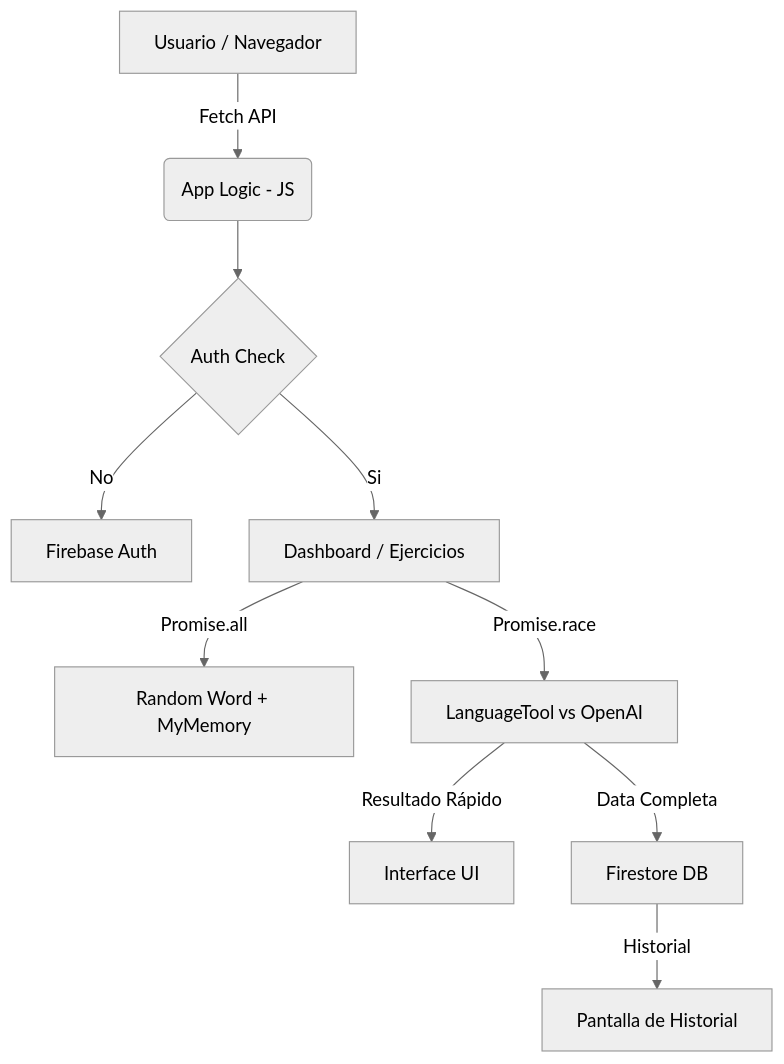
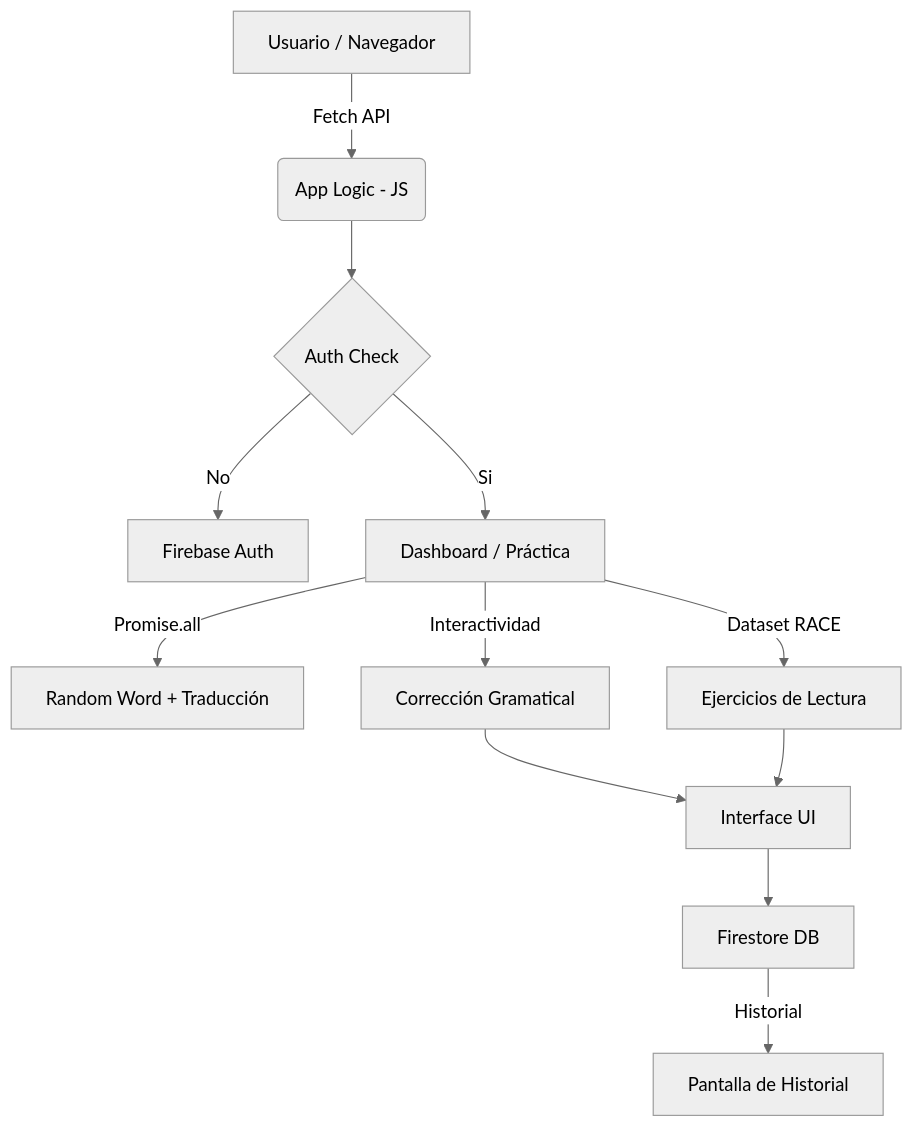
One commit to TamaldePollo543/Proyecto-final changed the diagram in DOCUMENTACION.md. Above: the diagram before and after it, drawn with Mermaid (neutral theme). The commit also changed other lines of this file and 21 other files, not shown here.

````diff
--- a/DOCUMENTACION.md
+++ b/DOCUMENTACION.md
@@ -26,15 +25,17 @@
 ```mermaid
 graph TD
     A[Usuario / Navegador] -->|Fetch API| B(App Logic - JS)
     B --> C{Auth Check}
     C -->|No| D[Firebase Auth]
-    C -->|Si| E[Dashboard / Ejercicios]
+    C -->|Si| E[Dashboard / Práctica]
     
-    E -->|Promise.all| F[Random Word + MyMemory]
-    E -->|Promise.race| G[LanguageTool vs OpenAI]
+    E -->|Promise.all| F[Random Word + Traducción]
+    E -->|Interactividad| G[Corrección Gramatical]
+    E -->|Dataset RACE| H[Ejercicios de Lectura]
     
-    G -->|Resultado Rápido| H[Interface UI]
-    G -->|Data Completa| I[Firestore DB]
+    G --> I[Interface UI]
+    H --> I
+    I --> J[Firestore DB]
     
-    I -->|Historial| J[Pantalla de Historial]
+    J -->|Historial| K[Pantalla de Historial]
 ```
````
